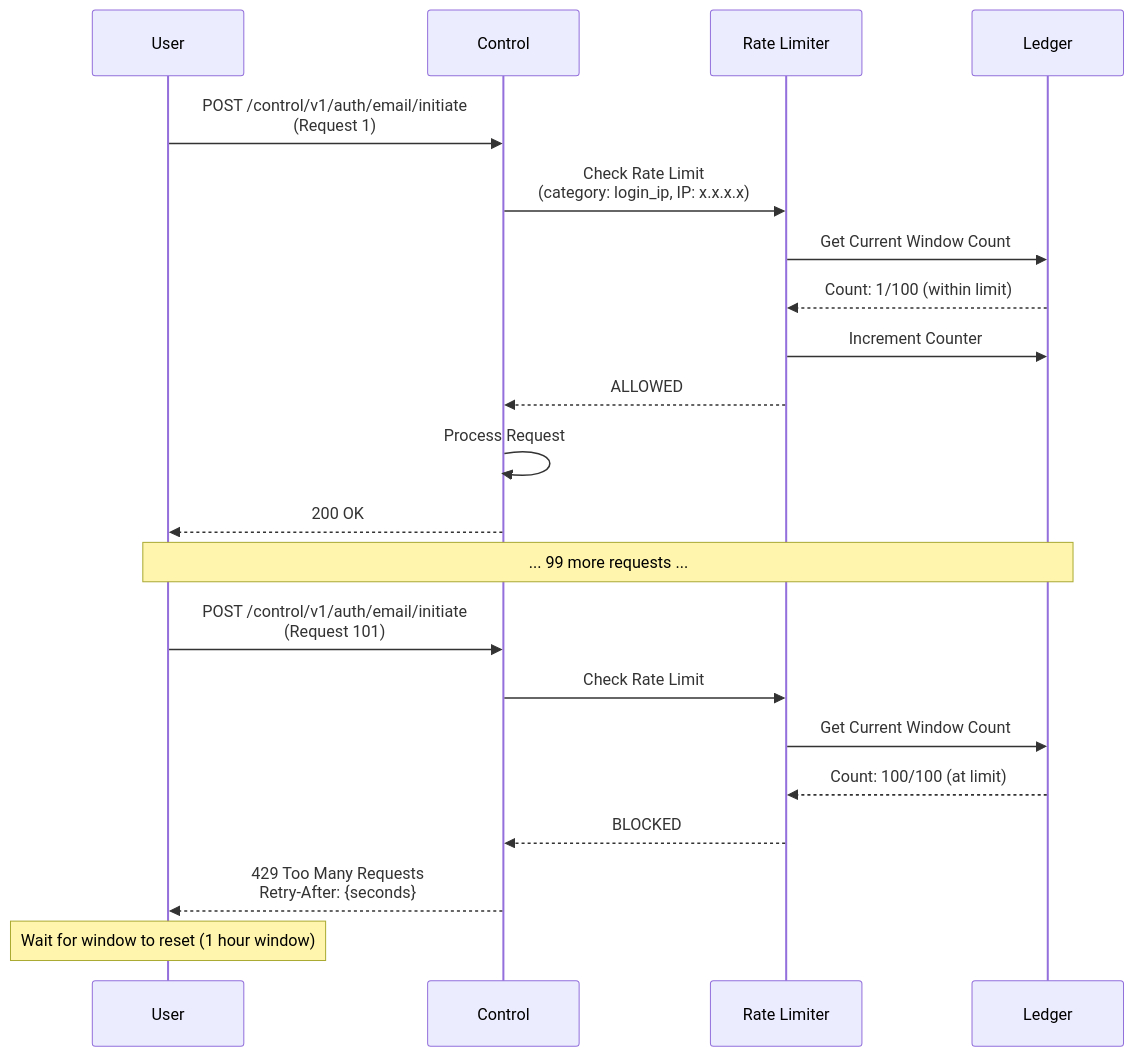
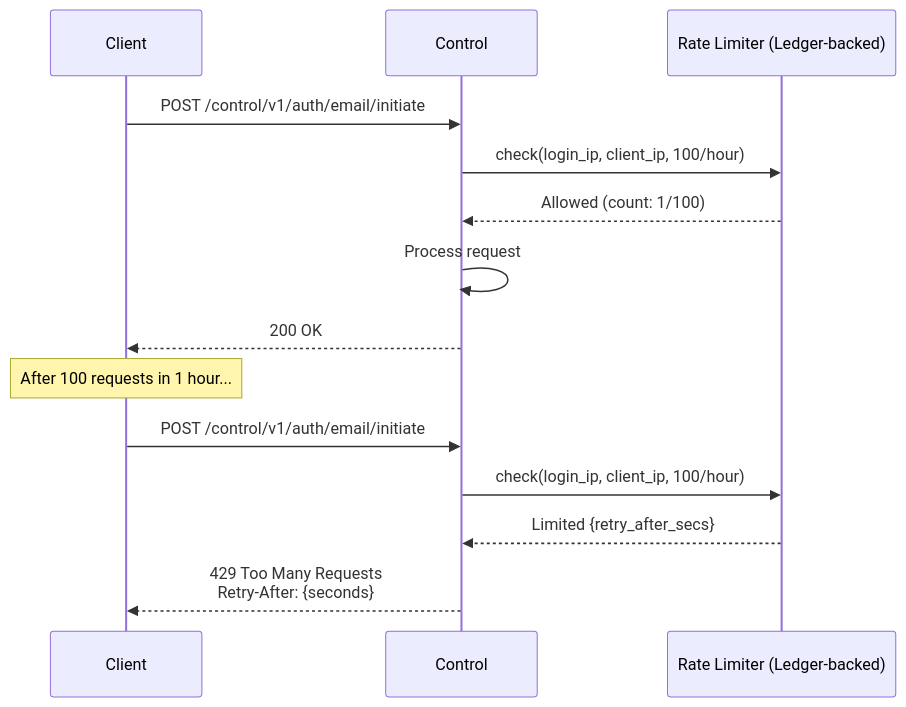
One commit to inferadb/control changed diagram 14 of 14 in docs/flows.md. Above: the diagram before and after it, drawn with Mermaid. The commit also changed other lines of this file and 14 other files, not shown here.

````diff
--- a/docs/flows.md
+++ b/docs/flows.md
@@ -318,33 +320,19 @@
 ```mermaid
 sequenceDiagram
-    participant User
-    participant API as Control
-    participant RateLimit as Rate Limiter
-    participant DB as Ledger
+    participant Client
+    participant Control
+    participant Ledger as Rate Limiter (Ledger-backed)
 
-    User->>API: POST /control/v1/auth/email/initiate<br/>(Request 1)
+    Client->>Control: POST /control/v1/auth/email/initiate
+    Control->>Ledger: check(login_ip, client_ip, 100/hour)
+    Ledger-->>Control: Allowed (count: 1/100)
+    Control->>Control: Process request
+    Control-->>Client: 200 OK
 
-    API->>RateLimit: Check Rate Limit<br/>(category: login_ip, IP: x.x.x.x)
-    RateLimit->>DB: Get Current Window Count
-    DB-->>RateLimit: Count: 1/100 (within limit)
+    Note over Client: After 100 requests in 1 hour...
 
-    RateLimit->>DB: Increment Counter
-    RateLimit-->>API: ALLOWED
-
-    API->>API: Process Request
-    API-->>User: 200 OK
-
-    Note over User,DB: ... 99 more requests ...
-
-    User->>API: POST /control/v1/auth/email/initiate<br/>(Request 101)
-
-    API->>RateLimit: Check Rate Limit
-    RateLimit->>DB: Get Current Window Count
-    DB-->>RateLimit: Count: 100/100 (at limit)
-
-    RateLimit-->>API: BLOCKED
-
-    API-->>User: 429 Too Many Requests<br/>Retry-After: {seconds}
-
-    Note over User: Wait for window to reset (1 hour window)
+    Client->>Control: POST /control/v1/auth/email/initiate
+    Control->>Ledger: check(login_ip, client_ip, 100/hour)
+    Ledger-->>Control: Limited {retry_after_secs}
+    Control-->>Client: 429 Too Many Requests<br/>Retry-After: {seconds}
 ```
````
